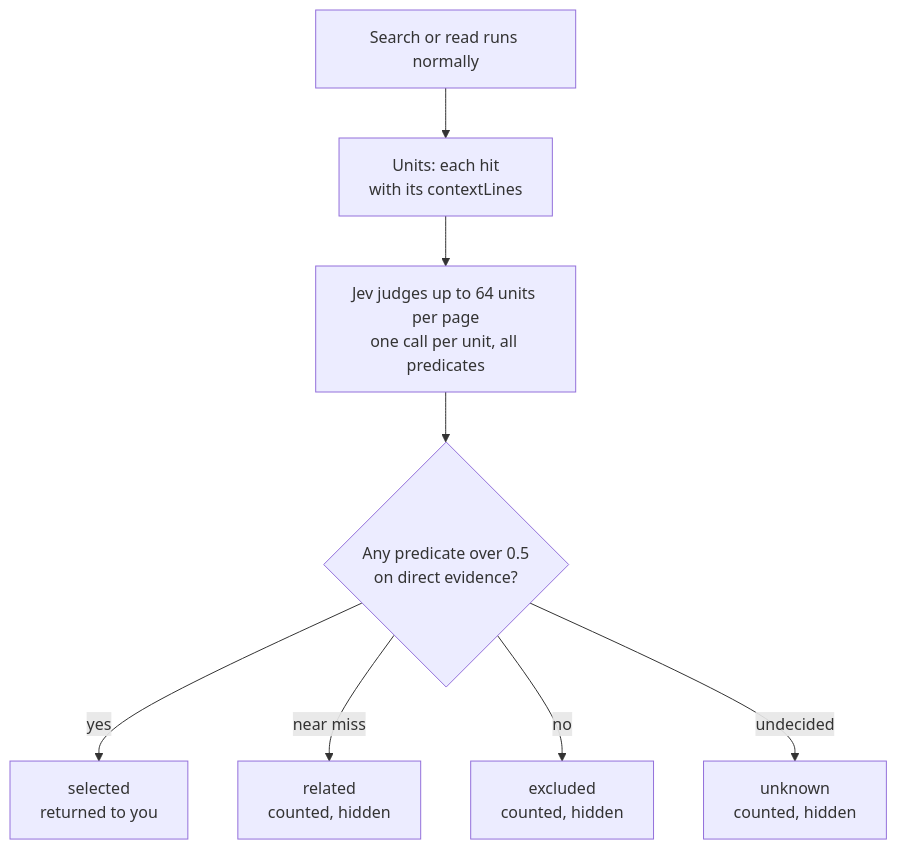
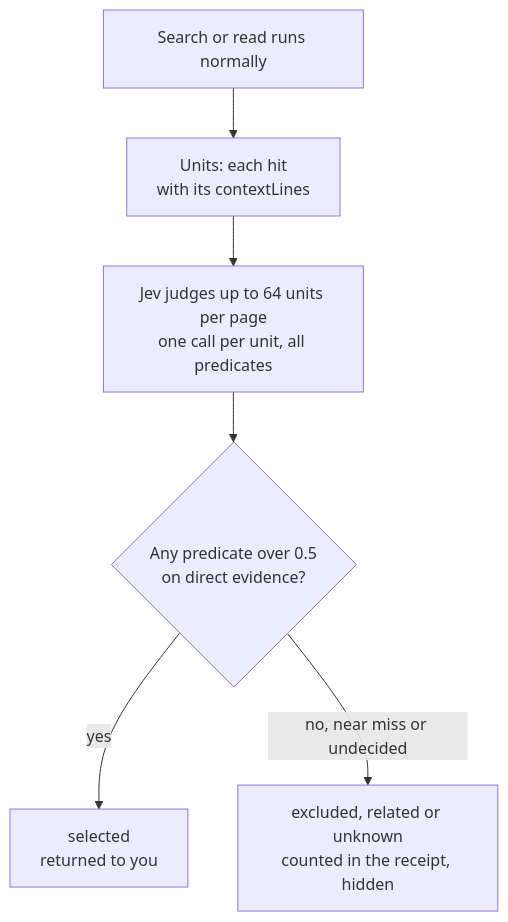
One commit to bgauryy/octocode changed the fourth of 7 diagrams in docs/OCTOCODE_CLASIFY.md. Above: the diagram before and after it, drawn with Mermaid. The commit also changed other lines of this file and 46 other files, not shown here.

````diff
--- a/docs/OCTOCODE_CLASIFY.md
+++ b/docs/OCTOCODE_CLASIFY.md
@@ -151,12 +151,10 @@
 ```mermaid
 flowchart TD
     accTitle: How inline classification selects hits
     accDescr: The search or read runs normally. Each hit with its context lines becomes a unit. Jev judges up to 64 units per page with one call per unit. Units with any predicate over 0.5 on direct evidence are returned; near misses, exclusions and undecided units are counted in the receipt but hidden.
     T["Search or read runs normally"] --> U["Units: each hit<br/>with its contextLines"]
     U --> J["Jev judges up to 64 units per page<br/>one call per unit, all predicates"]
     J --> K{"Any predicate over 0.5<br/>on direct evidence?"}
     K -- "yes" --> S["selected<br/>returned to you"]
-    K -- "near miss" --> RL["related<br/>counted, hidden"]
-    K -- "no" --> X["excluded<br/>counted, hidden"]
-    K -- "undecided" --> UN["unknown<br/>counted, hidden"]
+    K -- "no, near miss or undecided" --> H["excluded, related or unknown<br/>counted in the receipt, hidden"]
 ```
````
